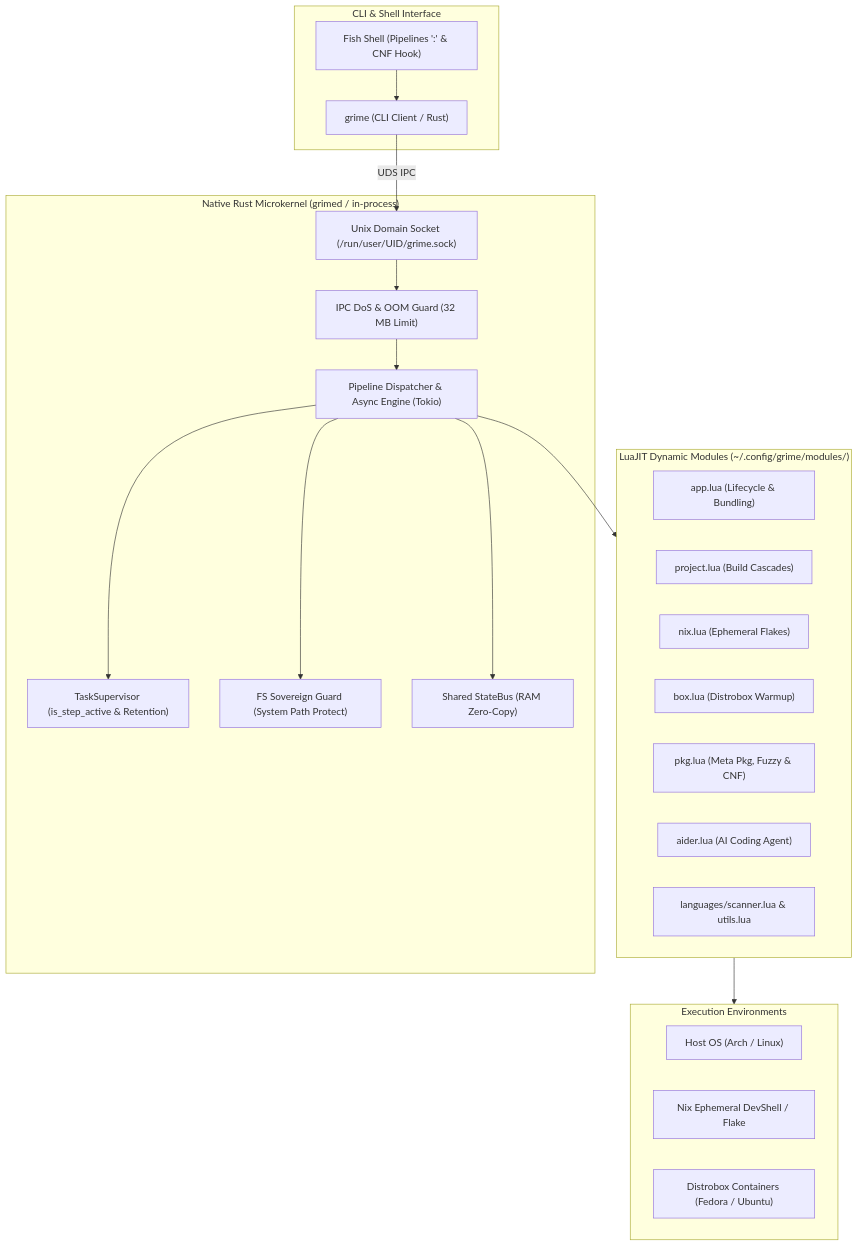
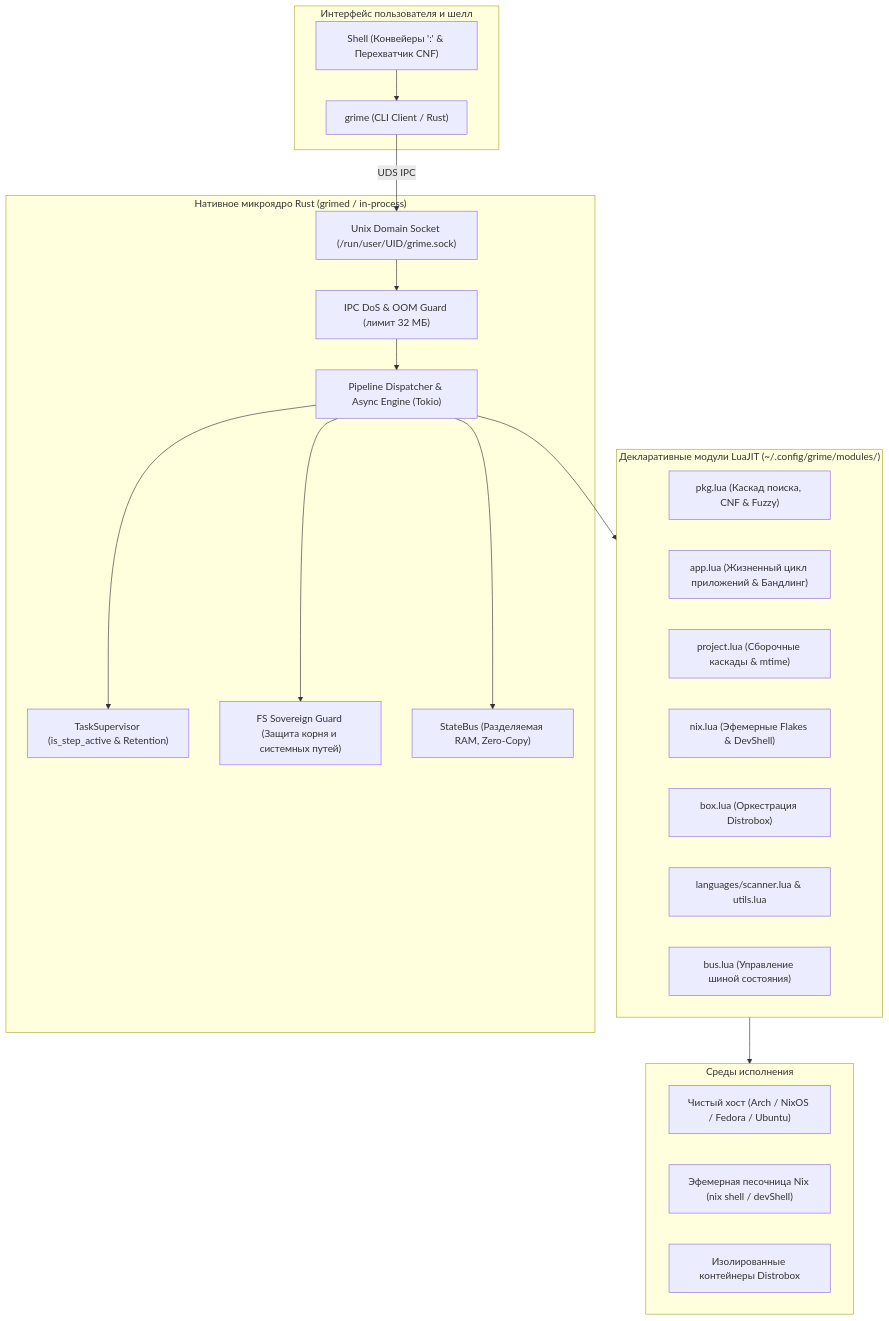
The diagram in README.md (GrimeVoid/grime-rust), drawn with Mermaid before and after one commit. The commit also changed other lines of this file and 2 other files, not shown here.

Commit message:
docs: сфокусировать README на магии эфемерности Nix, контейнеров и бесшовного запуска

````diff
--- a/README.md
+++ b/README.md
@@ -135,42 +221,42 @@
 ```mermaid
 flowchart TD
-    subgraph ClientLayer ["CLI & Shell Interface"]
+    subgraph ClientLayer ["Интерфейс пользователя и шелл"]
         CLI["grime (CLI Client / Rust)"]
-        Fish["Fish Shell (Pipelines ':' & CNF Hook)"]
+        Fish["Shell (Конвейеры ':' & Перехватчик CNF)"]
     end
 
-    subgraph CoreLayer ["Native Rust Microkernel (grimed / in-process)"]
+    subgraph CoreLayer ["Нативное микроядро Rust (grimed / in-process)"]
         UDS["Unix Domain Socket (/run/user/UID/grime.sock)"]
-        IPCGuard["IPC DoS & OOM Guard (32 MB Limit)"]
+        IPCGuard["IPC DoS & OOM Guard (лимит 32 МБ)"]
         Router["Pipeline Dispatcher & Async Engine (Tokio)"]
         Supervisor["TaskSupervisor (is_step_active & Retention)"]
-        FSGuard["FS Sovereign Guard (System Path Protect)"]
-        StateBus["Shared StateBus (RAM Zero-Copy)"]
+        FSGuard["FS Sovereign Guard (Защита корня и системных путей)"]
+        StateBus["StateBus (Разделяемая RAM, Zero-Copy)"]
     end
 
-    subgraph LuaLayer ["LuaJIT Dynamic Modules (~/.config/grime/modules/)"]
-        M_App["app.lua (Lifecycle & Bundling)"]
-        M_Proj["project.lua (Build Cascades)"]
-        M_Nix["nix.lua (Ephemeral Flakes)"]
-        M_Box["box.lua (Distrobox Warmup)"]
-        M_Pkg["pkg.lua (Meta Pkg, Fuzzy & CNF)"]
-        M_Aider["aider.lua (AI Coding Agent)"]
+    subgraph LuaLayer ["Декларативные модули LuaJIT (~/.config/grime/modules/)"]
+        M_Pkg["pkg.lua (Каскад поиска, CNF & Fuzzy)"]
+        M_App["app.lua (Жизненный цикл приложений & Бандлинг)"]
+        M_Proj["project.lua (Сборочные каскады & mtime)"]
+        M_Nix["nix.lua (Эфемерные Flakes & DevShell)"]
+        M_Box["box.lua (Оркестрация Distrobox)"]
         M_Scan["languages/scanner.lua & utils.lua"]
+        M_Bus["bus.lua (Управление шиной состояния)"]
     end
 
-    subgraph Targets ["Execution Environments"]
-        HostOS["Host OS (Arch / Linux)"]
-        NixEnv["Nix Ephemeral DevShell / Flake"]
-        DBox["Distrobox Containers (Fedora / Ubuntu)"]
+    subgraph Targets ["Среды исполнения"]
+        HostOS["Чистый хост (Arch / NixOS / Fedora / Ubuntu)"]
+        NixEnv["Эфемерная песочница Nix (nix shell / devShell)"]
+        DBox["Изолированные контейнеры Distrobox"]
     end
 
     Fish --> CLI
     CLI -->|UDS IPC| UDS
     UDS --> IPCGuard
     IPCGuard --> Router
     Router --> Supervisor
     Router --> FSGuard
     Router --> StateBus
     Router --> LuaLayer
     LuaLayer --> Targets
 ```
````
